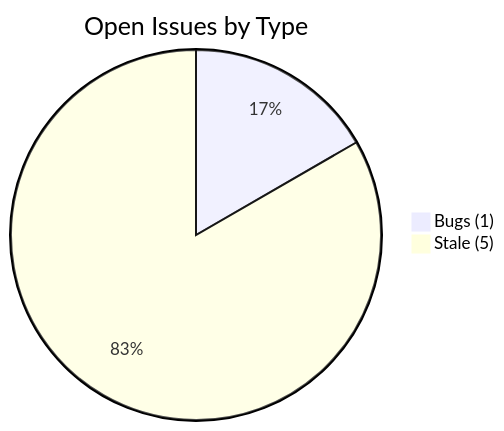
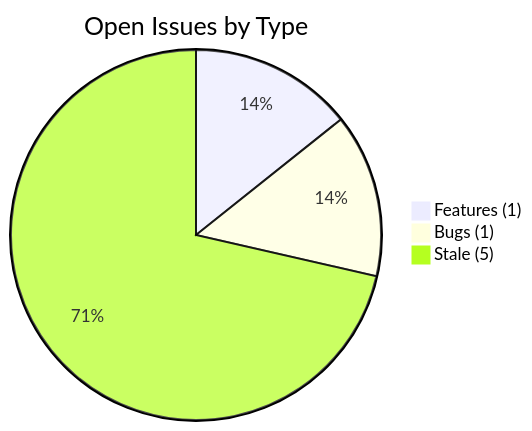
One commit to Nitsur10/invoice-dashboard-deploy changed the second of 4 diagrams in docs/tracker.md. Above: the diagram before and after it, drawn with Mermaid. The commit also changed other lines of this file and 1 other file, not shown here.

````diff
--- a/docs/tracker.md
+++ b/docs/tracker.md
@@ -30,8 +30,8 @@
 ```mermaid
 pie title Open Issues by Type
-    
+    "Features (1)" : 1
     "Bugs (1)" : 1
     "Stale (5)" : 5
     
     
 ```
````
